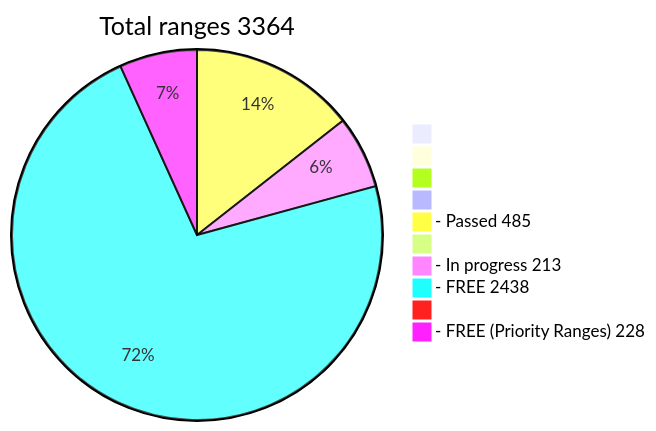
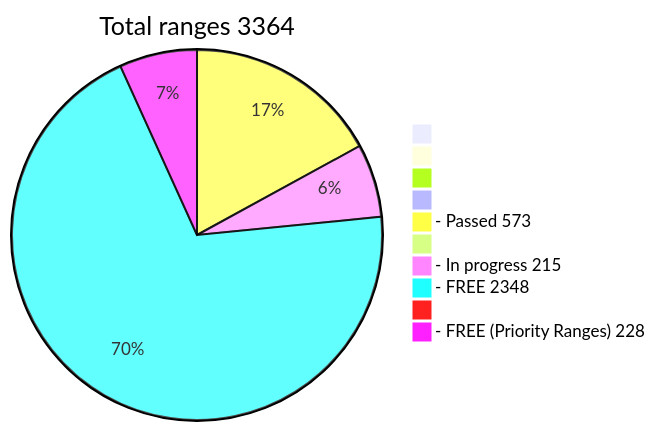
The diagram in README.md (phrutis/wif500), drawn with Mermaid before and after one commit.

````diff
--- a/README.md
+++ b/README.md
@@ -16,13 +16,13 @@
 ```mermaid
 pie title Total ranges 3364
              " " : 0
             "  " : 0
            "   " : 0
           "    " : 0
-  "- Passed 485" : 485
+  "- Passed 573" : 573
          "     " : 0
-  "- In progress 213" : 213
-   "- FREE 2438" : 2438
+  "- In progress 215" : 215
+   "- FREE 2348" : 2348
         "      " : 0
   "- FREE (Priority Ranges) 228" : 228
 ```
````
